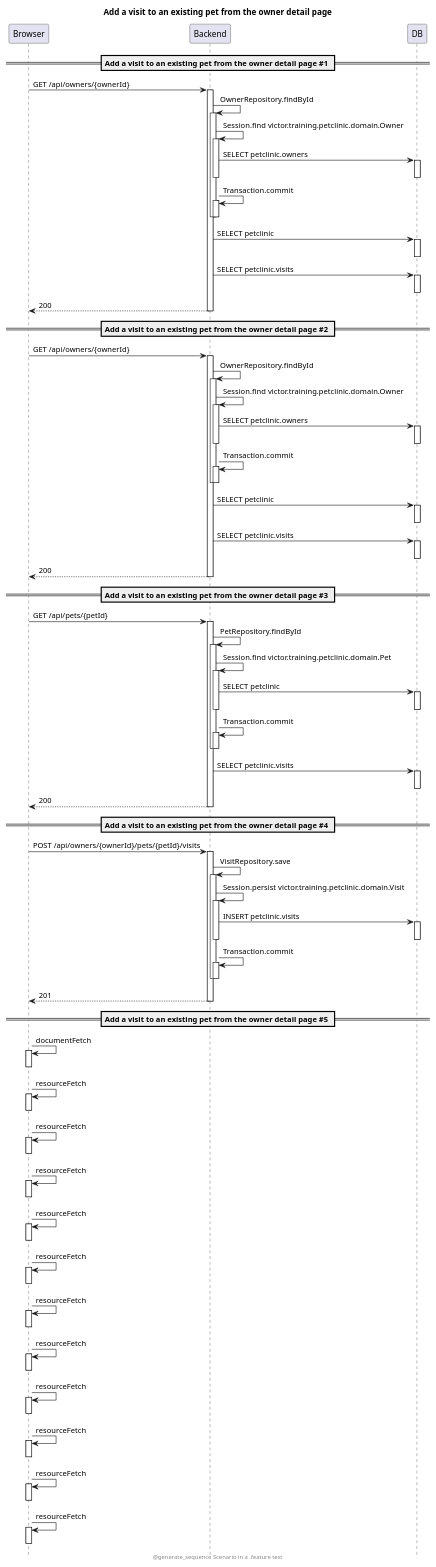
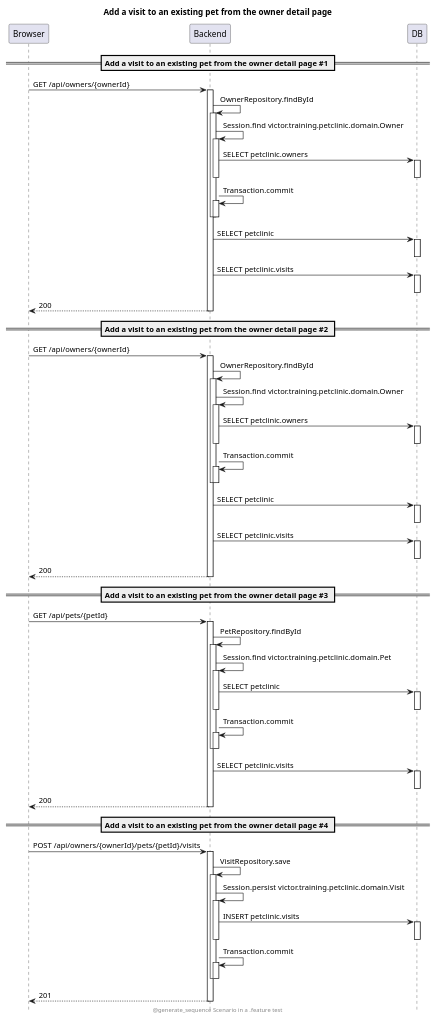
Before and after one commit to victorrentea/petclinic: the diagram in petclinic-test/generated_sequences/add-a-visit-to-an-existing-pet-from-the-owner-detail-page.puml, drawn with PlantUML. The commit also changed 2 other files, not shown here.

Commit message:
fix(otel): stop instrumenting page load — it was a whole diagram section of noise
getWebAutoInstrumentations() registers the entire web bundle, not just the two
instrumentations configured next to it, so document-load was on: every page load
emitted documentFetch plus one resourceFetch per bundle and asset, in a trace of
its own with no server span at all.

In Grafana that is load-profiling data nobody was reading. In a generated
sequence diagram it was a third section of eleven Browser -> Browser self-calls
sitting next to the round-trips the scenario is actually about — the diagram's
own reader has to skip it to find the point.

Both .puml regenerated from real traces: the owner-search diagram drops from 3
sections to 2 (the two Search submits) and from 265 lines to 231; add-visit
drops one trace as well.

```diff
--- a/petclinic-test/generated_sequences/add-a-visit-to-an-existing-pet-from-the-owner-detail-page.puml
+++ b/petclinic-test/generated_sequences/add-a-visit-to-an-existing-pet-from-the-owner-detail-page.puml
@@ -1,128 +1,91 @@
 @startuml
 hide footbox
 title Add a visit to an existing pet from the owner detail page
 footer @generate_sequence Scenario in a .feature test
 participant Browser
 participant Backend
 participant DB
 == Add a visit to an existing pet from the owner detail page #1 ==
 Browser -> Backend: GET /api/owners/{ownerId}
 activate Backend
 Backend -> Backend: OwnerRepository.findById
 activate Backend
 Backend -> Backend: Session.find victor.training.petclinic.domain.Owner
 activate Backend
 Backend -> DB: SELECT petclinic.owners
 activate DB
 deactivate DB
 deactivate Backend
 Backend -> Backend: Transaction.commit
 activate Backend
 deactivate Backend
 deactivate Backend
 Backend -> DB: SELECT petclinic
 activate DB
 deactivate DB
 Backend -> DB: SELECT petclinic.visits
 activate DB
 deactivate DB
 Backend --> Browser: 200
 deactivate Backend
 == Add a visit to an existing pet from the owner detail page #2 ==
 Browser -> Backend: GET /api/owners/{ownerId}
 activate Backend
 Backend -> Backend: OwnerRepository.findById
 activate Backend
 Backend -> Backend: Session.find victor.training.petclinic.domain.Owner
 activate Backend
 Backend -> DB: SELECT petclinic.owners
 activate DB
 deactivate DB
 deactivate Backend
 Backend -> Backend: Transaction.commit
 activate Backend
 deactivate Backend
 deactivate Backend
 Backend -> DB: SELECT petclinic
 activate DB
 deactivate DB
 Backend -> DB: SELECT petclinic.visits
 activate DB
 deactivate DB
 Backend --> Browser: 200
 deactivate Backend
 == Add a visit to an existing pet from the owner detail page #3 ==
 Browser -> Backend: GET /api/pets/{petId}
 activate Backend
 Backend -> Backend: PetRepository.findById
 activate Backend
 Backend -> Backend: Session.find victor.training.petclinic.domain.Pet
 activate Backend
 Backend -> DB: SELECT petclinic
 activate DB
 deactivate DB
 deactivate Backend
 Backend -> Backend: Transaction.commit
 activate Backend
 deactivate Backend
 deactivate Backend
 Backend -> DB: SELECT petclinic.visits
 activate DB
 deactivate DB
 Backend --> Browser: 200
 deactivate Backend
 == Add a visit to an existing pet from the owner detail page #4 ==
 Browser -> Backend: POST /api/owners/{ownerId}/pets/{petId}/visits
 activate Backend
 Backend -> Backend: VisitRepository.save
 activate Backend
 Backend -> Backend: Session.persist victor.training.petclinic.domain.Visit
 activate Backend
 Backend -> DB: INSERT petclinic.visits
 activate DB
 deactivate DB
 deactivate Backend
 Backend -> Backend: Transaction.commit
 activate Backend
 deactivate Backend
 deactivate Backend
 Backend --> Browser: 201
 deactivate Backend
-== Add a visit to an existing pet from the owner detail page #5 ==
-Browser -> Browser: documentFetch
-activate Browser
-deactivate Browser
-Browser -> Browser: resourceFetch
-activate Browser
-deactivate Browser
-Browser -> Browser: resourceFetch
-activate Browser
-deactivate Browser
-Browser -> Browser: resourceFetch
-activate Browser
-deactivate Browser
-Browser -> Browser: resourceFetch
-activate Browser
-deactivate Browser
-Browser -> Browser: resourceFetch
-activate Browser
-deactivate Browser
-Browser -> Browser: resourceFetch
-activate Browser
-deactivate Browser
-Browser -> Browser: resourceFetch
-activate Browser
-deactivate Browser
-Browser -> Browser: resourceFetch
-activate Browser
-deactivate Browser
-Browser -> Browser: resourceFetch
-activate Browser
-deactivate Browser
-Browser -> Browser: resourceFetch
-activate Browser
-deactivate Browser
-Browser -> Browser: resourceFetch
-activate Browser
-deactivate Browser
 @enduml
```
